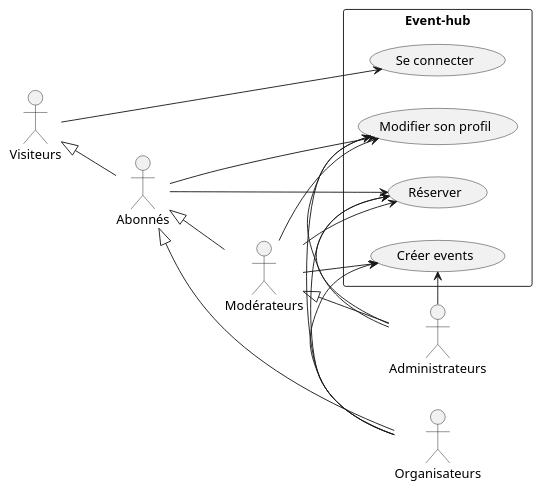
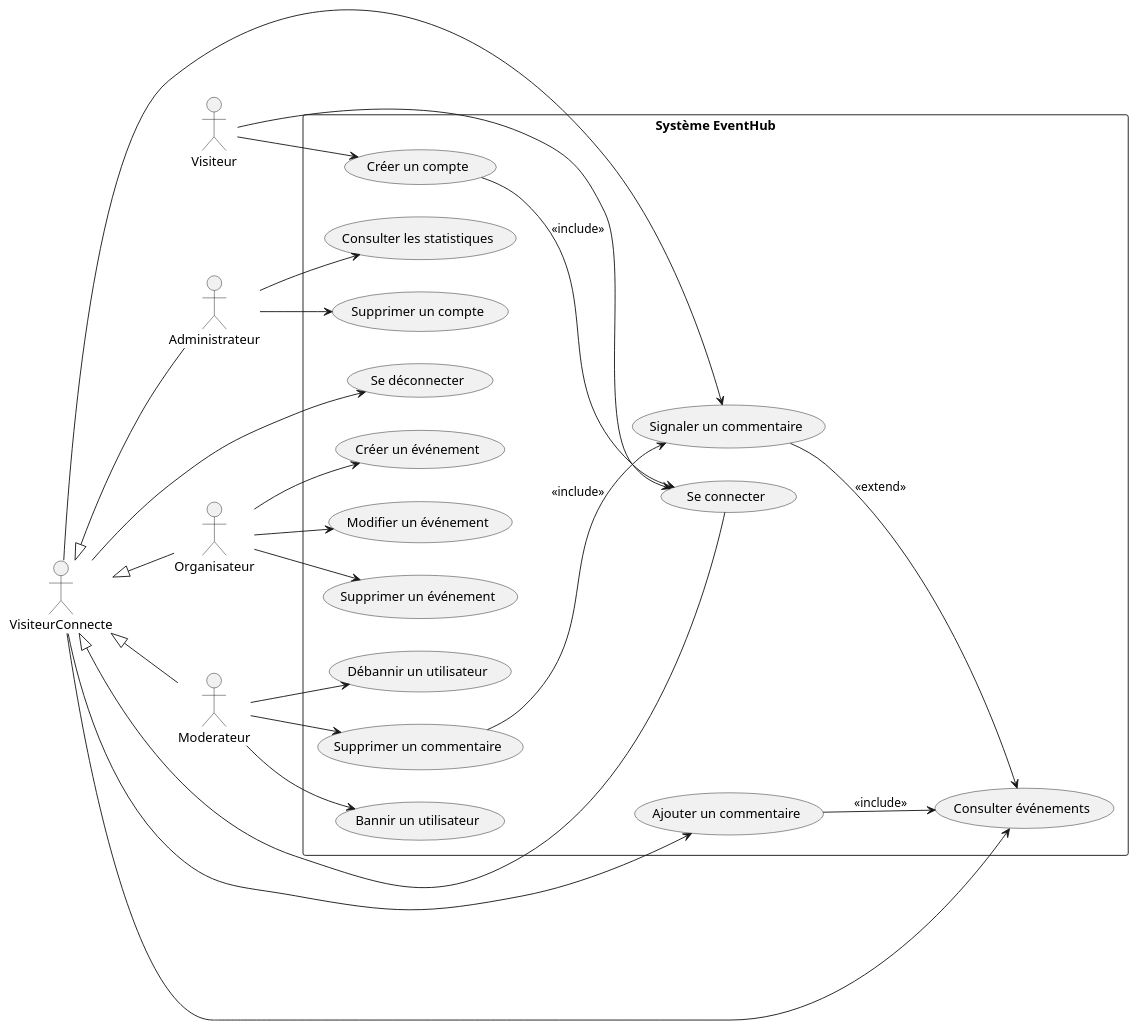
Before and after one commit to xdam99/event-hub: the diagram in Diagrammes/cas utilisations.puml, drawn with PlantUML. The commit also changed 3 other files, not shown here.

Commit message:
Add a first version of PUML diagramme

```diff
--- a/Diagrammes/cas utilisations.puml
+++ b/Diagrammes/cas utilisations.puml
@@ -1,42 +1,69 @@
-@startuml Event-Hub
+@startuml EventHub_UseCase_Includes_Extends
+
 left to right direction
-actor Visiteurs
-actor Abonnés
-actor Organisateurs
-actor Modérateurs
-actor Administrateurs
 
-rectangle "Event-hub" {
-    usecase "Se connecter" as UC1
+actor Visiteur
+actor VisiteurConnecte
+actor Organisateur
+actor Moderateur
+actor Administrateur
 
-    usecase "Modifier son profil" as UC2
-    usecase "Réserver" as UC3
+rectangle "Système EventHub" {
 
-    usecase "Créer events" as UC4
+  ' === Cas du visiteur ===
+  usecase "Créer un compte" as UC1
+  usecase "Se connecter" as UC2
+
+  ' === Cas du visiteur connecté ===
+  usecase "Se déconnecter" as UC3
+  usecase "Consulter événements" as UC4
+  usecase "Ajouter un commentaire" as UC5
+  usecase "Signaler un commentaire" as UC6
+
+  ' === Cas organisateur ===
+  usecase "Créer un événement" as UC7
+  usecase "Modifier un événement" as UC8
+  usecase "Supprimer un événement" as UC9
+
+  ' === Cas modérateur ===
+  usecase "Supprimer un commentaire" as UC10
+  usecase "Bannir un utilisateur" as UC11
+  usecase "Débannir un utilisateur" as UC12
+
+  ' === Cas administrateur ===
+  usecase "Supprimer un compte" as UC13
+  usecase "Consulter les statistiques" as UC14
 }
 
-:Visiteurs: <|-- :Abonnés:
-:Abonnés: <|-- :Organisateurs:
-:Abonnés: <|-- :Modérateurs:
-:Modérateurs: <|-- :Administrateurs:
+' === Relations d’acteurs ===
+Visiteur --> UC1
+Visiteur --> UC2
 
-Visiteurs -> UC1
+VisiteurConnecte --> UC3
+VisiteurConnecte --> UC4
+VisiteurConnecte --> UC5
+VisiteurConnecte --> UC6
 
-Abonnés -> UC2
-Abonnés -> UC3
+Organisateur --> UC7
+Organisateur --> UC8
+Organisateur --> UC9
 
-Organisateurs -> UC2
-Organisateurs -> UC3
-Organisateurs -> UC4
+Moderateur --> UC10
+Moderateur --> UC11
+Moderateur --> UC12
 
-Modérateurs -> UC2
-Modérateurs -> UC3
-Modérateurs -> UC4
+Administrateur --> UC13
+Administrateur --> UC14
 
-Administrateurs -> UC2
-Administrateurs -> UC3
-Administrateurs -> UC4
+VisiteurConnecte <|-- UC2
+VisiteurConnecte <|-- Organisateur
+VisiteurConnecte <|-- Moderateur
+VisiteurConnecte <|-- Administrateur
 
-
+' === Relations include/extend ===
+UC1 --> UC2 : <<include>>
+UC5 --> UC4 : <<include>>
+UC6 --> UC4 : <<extend>>
+UC10 --> UC6 : <<include>>
 
 @enduml
```
